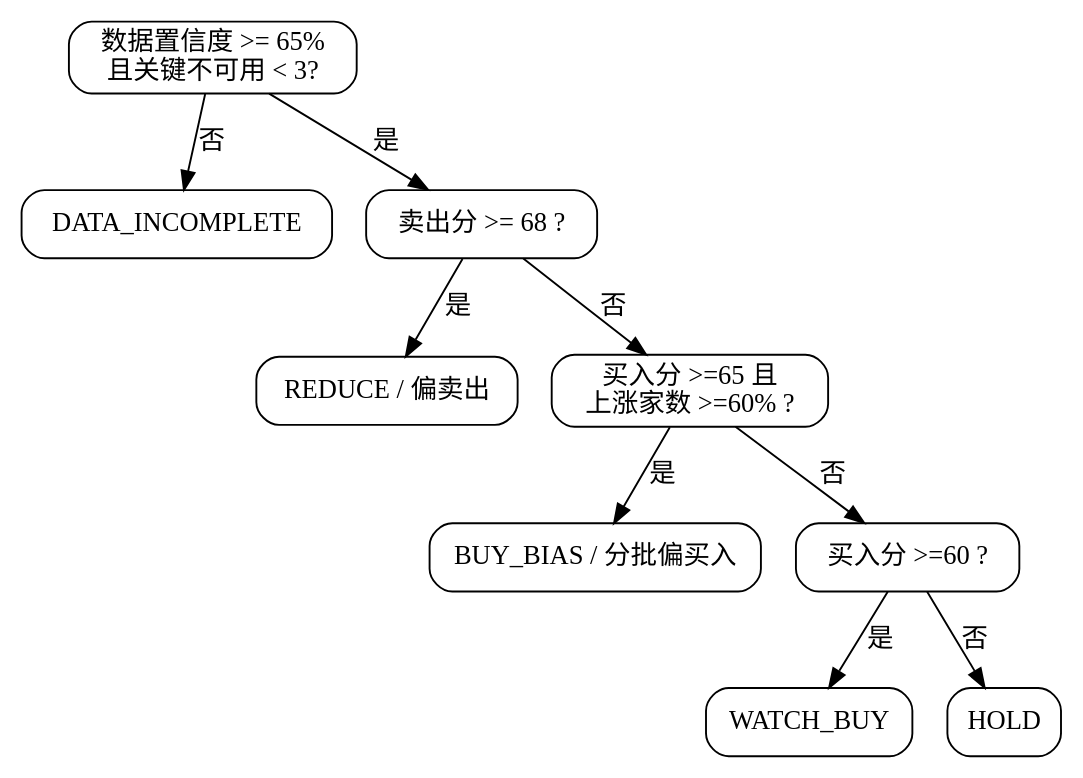
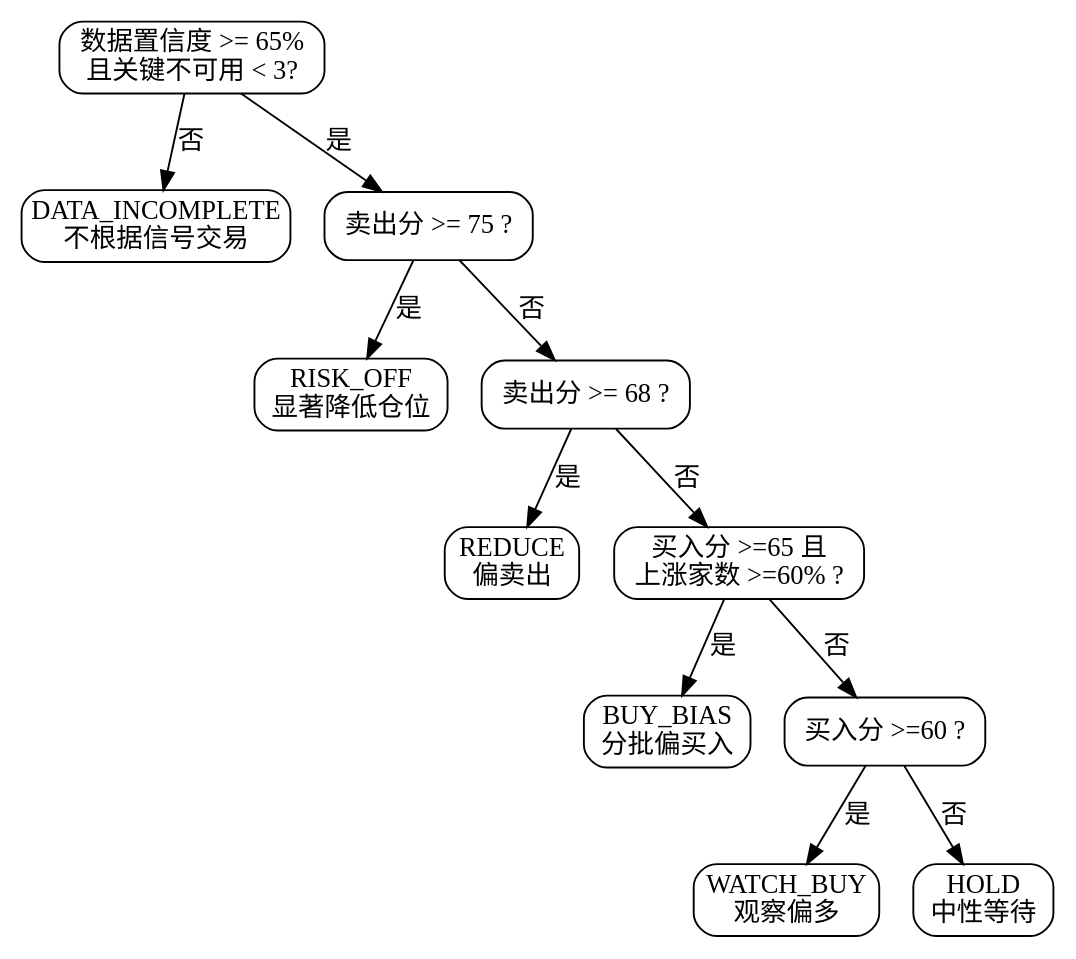
The diagram in decision_tree.dot (morewnutri/a_share_risk_engine), drawn with Graphviz before and after one commit. The commit also changed 6 other files, not shown here.

```diff
--- a/decision_tree.dot
+++ b/decision_tree.dot
@@ -1,17 +1,28 @@
 digraph AShareRiskTree {
     rankdir=TB;
-    node [shape=box, style="rounded"];
+    graph [fontname="Microsoft YaHei"];
+    node [shape=box, style="rounded", fontname="Microsoft YaHei"];
+    edge [fontname="Microsoft YaHei"];
+
     A [label="数据置信度 >= 65%\n且关键不可用 < 3?"];
-    B [label="DATA_INCOMPLETE"];
-    C [label="卖出分 >= 68 ?"];
-    D [label="REDUCE / 偏卖出"];
-    E [label="买入分 >=65 且\n上涨家数 >=60% ?"];
-    F [label="BUY_BIAS / 分批偏买入"];
-    G [label="买入分 >=60 ?"];
-    H [label="WATCH_BUY"];
-    I [label="HOLD"];
-    A -> B [label="否"]; A -> C [label="是"];
-    C -> D [label="是"]; C -> E [label="否"];
-    E -> F [label="是"]; E -> G [label="否"];
-    G -> H [label="是"]; G -> I [label="否"];
+    B [label="DATA_INCOMPLETE\n不根据信号交易"];
+    C [label="卖出分 >= 75 ?"];
+    D [label="RISK_OFF\n显著降低仓位"];
+    E [label="卖出分 >= 68 ?"];
+    F [label="REDUCE\n偏卖出"];
+    G [label="买入分 >=65 且\n上涨家数 >=60% ?"];
+    H [label="BUY_BIAS\n分批偏买入"];
+    I [label="买入分 >=60 ?"];
+    J [label="WATCH_BUY\n观察偏多"];
+    K [label="HOLD\n中性等待"];
+    A -> B [label="否"];
+    A -> C [label="是"];
+    C -> D [label="是"];
+    C -> E [label="否"];
+    E -> F [label="是"];
+    E -> G [label="否"];
+    G -> H [label="是"];
+    G -> I [label="否"];
+    I -> J [label="是"];
+    I -> K [label="否"];
 }
```
